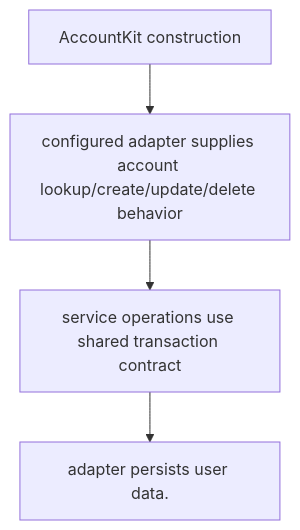
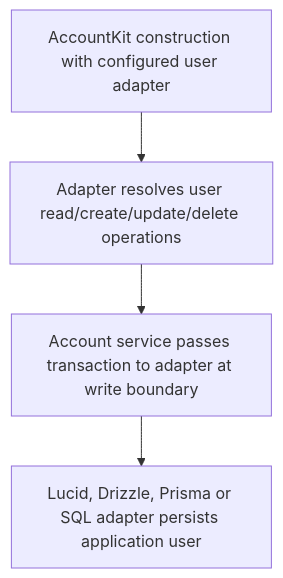
One commit to Kevinjohn/oss-adonisjs-account-kit changed the second of 2 diagrams in user-stories/US-ACCOUNT-34-choose-user-adapter.md. Above: the diagram before and after it, drawn with Mermaid. The commit also changed other lines of this file and 29 other files, not shown here.

````diff
--- a/user-stories/US-ACCOUNT-34-choose-user-adapter.md
+++ b/user-stories/US-ACCOUNT-34-choose-user-adapter.md
@@ -33,10 +29,6 @@
 ```mermaid
 flowchart TD
-    C0["AccountKit construction"]
-    C1["configured adapter supplies account lookup/create/update/delete behavior"]
-    C0 --> C1
-    C2["service operations use shared transaction contract"]
-    C1 --> C2
-    C3["adapter persists user data."]
-    C2 --> C3
+ A["AccountKit construction with configured user adapter"] --> B["Adapter resolves user read/create/update/delete operations"]
+ B --> C["Account service passes transaction to adapter at write boundary"]
+ C --> D["Lucid, Drizzle, Prisma or SQL adapter persists application user"]
 ```
````
